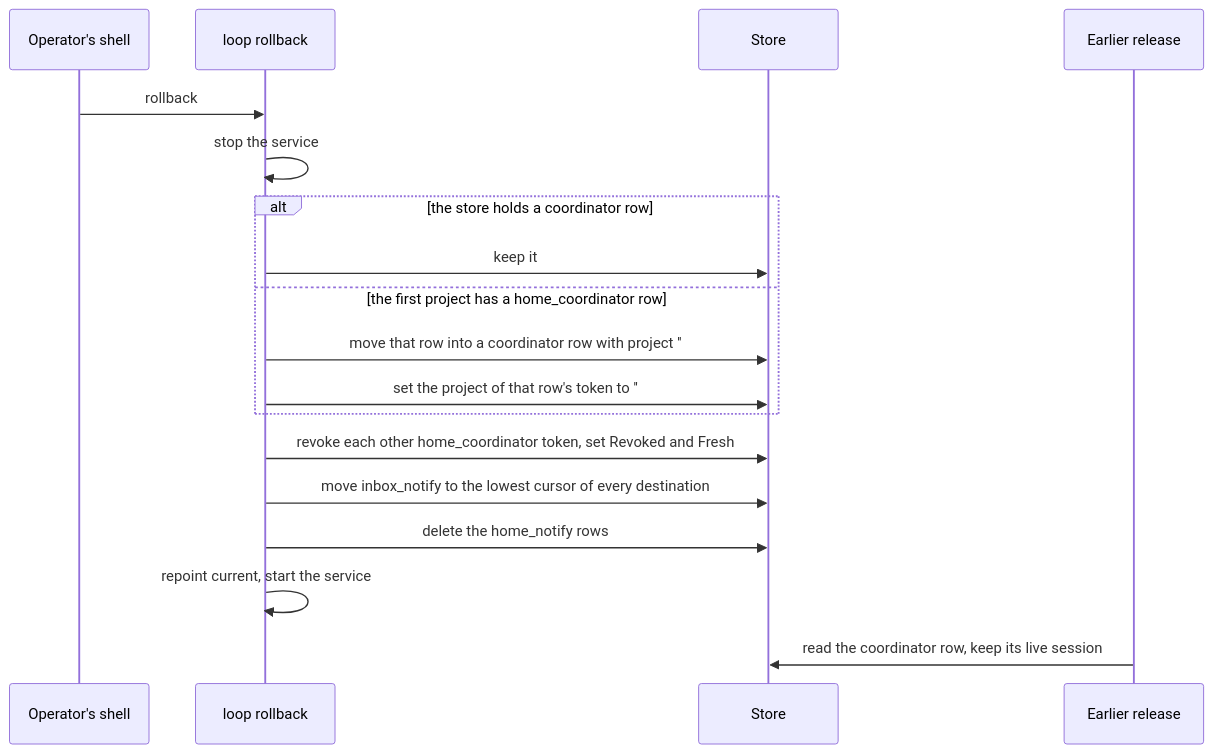
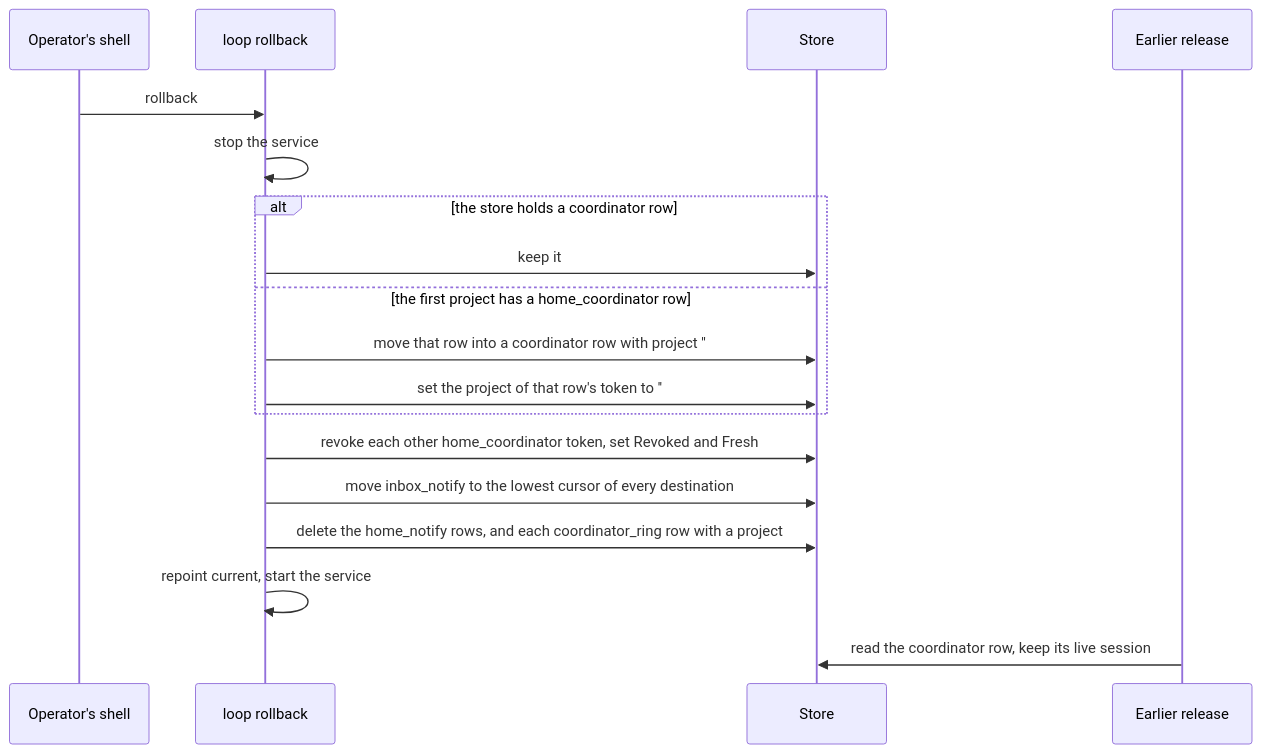
Before and after one commit to iantanwx/factory: the sixth of 6 diagrams in docs/specs/factorio-1edo-project-home-coordinators-spec.md, drawn with Mermaid. The commit also changed other lines of this file, not shown here.

````diff
--- a/docs/specs/factorio-1edo-project-home-coordinators-spec.md
+++ b/docs/specs/factorio-1edo-project-home-coordinators-spec.md
@@ -942,20 +951,20 @@
 ```mermaid
 sequenceDiagram
     participant O as Operator's shell
     participant R as loop rollback
     participant S as Store
     participant E as Earlier release
     O->>R: rollback
     R->>R: stop the service
     alt the store holds a coordinator row
         R->>S: keep it
     else the first project has a home_coordinator row
         R->>S: move that row into a coordinator row with project ''
         R->>S: set the project of that row's token to ''
     end
     R->>S: revoke each other home_coordinator token, set Revoked and Fresh
     R->>S: move inbox_notify to the lowest cursor of every destination
-    R->>S: delete the home_notify rows
+    R->>S: delete the home_notify rows, and each coordinator_ring row with a project
     R->>R: repoint current, start the service
     E->>S: read the coordinator row, keep its live session
 ```
````
